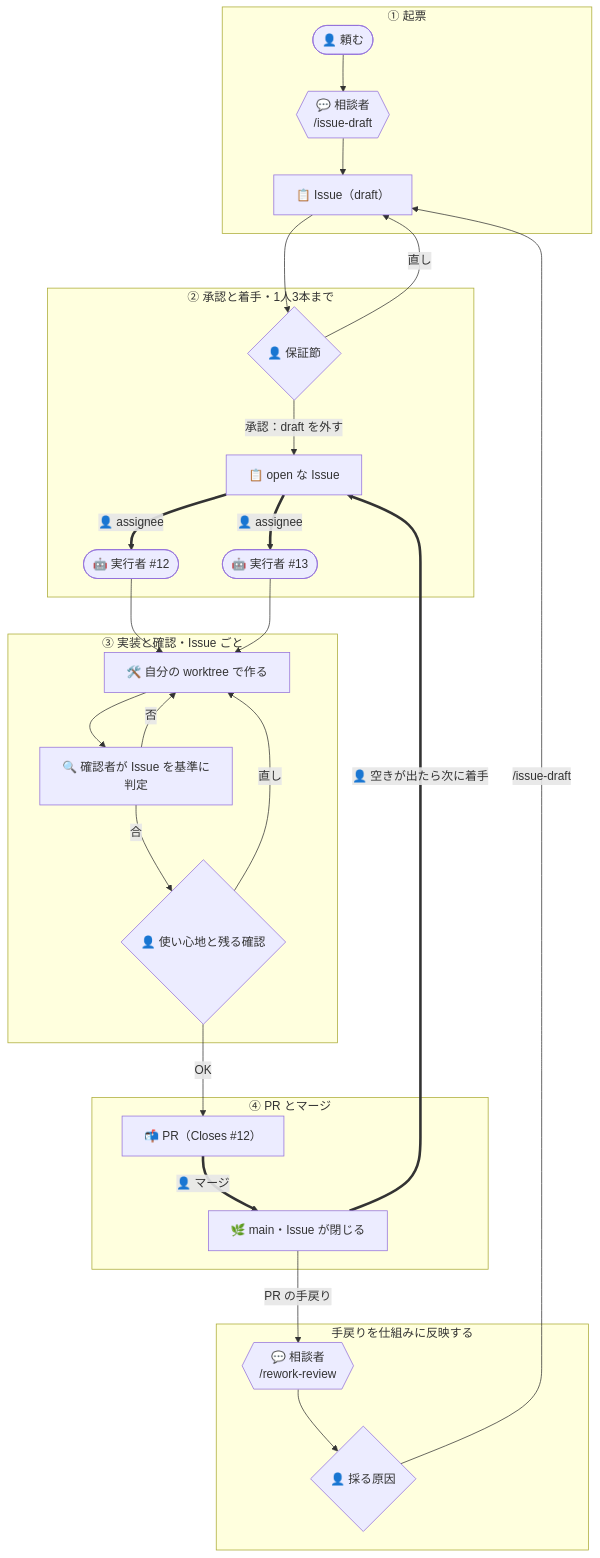
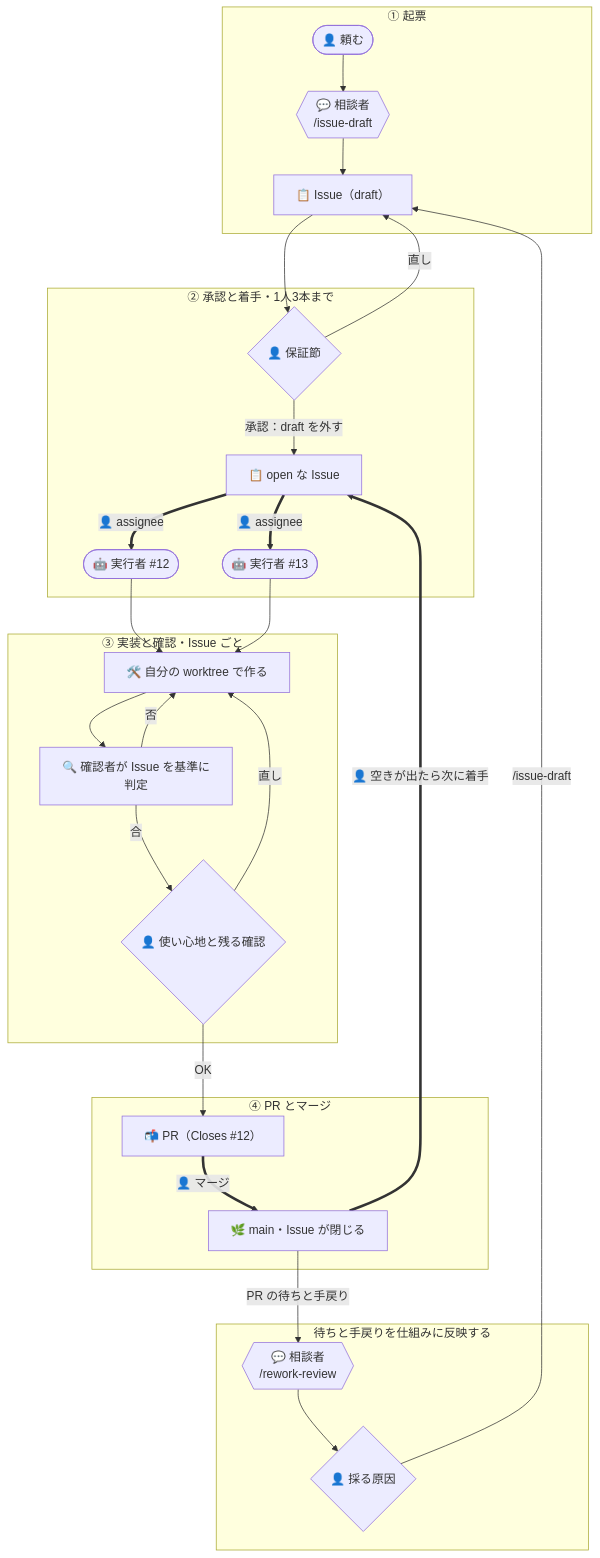
One commit to yktsnet/sdlc-kit changed the diagram in docs/flows/team.md. Above: the diagram before and after it, drawn with Mermaid. The commit also changed other lines of this file and 5 other files, not shown here.

First line of the commit message:
docs: Record waits as well as rework in flow-team and prompt rework-review when records pile up (#48)

````diff
--- a/docs/flows/team.md
+++ b/docs/flows/team.md
@@ -23,31 +23,31 @@
 ```mermaid
 flowchart TD
     subgraph p1 ["① 起票"]
         R(["👤 頼む"]) --> C{{"💬 相談者<br/>/issue-draft"}}
         C --> I["📋 Issue（draft）"]
     end
     subgraph p2 ["② 承認と着手・1人3本まで"]
         I --> A{"👤 保証節"}
         A -->|直し| I
         A -->|"承認：draft を外す"| O[📋 open な Issue]
         O ==>|"👤 assignee"| E1(["🤖 実行者 #12"])
         O ==>|"👤 assignee"| E2(["🤖 実行者 #13"])
     end
     subgraph p3 ["③ 実装と確認・Issue ごと"]
         E1 & E2 --> W[🛠️ 自分の worktree で作る]
         W --> Q[🔍 確認者が Issue を基準に判定]
         Q -->|否| W
         Q -->|合| V{"👤 使い心地と残る確認"}
         V -->|直し| W
     end
     subgraph p4 ["④ PR とマージ"]
         V -->|OK| P["📬 PR（Closes #12）"]
         P ==>|"👤 マージ"| M[🌿 main・Issue が閉じる]
     end
     M ==>|"👤 空きが出たら次に着手"| O
-    subgraph p5 ["手戻りを仕組みに反映する"]
+    subgraph p5 ["待ちと手戻りを仕組みに反映する"]
         RR{{"💬 相談者<br/>/rework-review"}} --> RA{"👤 採る原因"}
     end
-    M -->|PR の手戻り| RR
+    M -->|PR の待ちと手戻り| RR
     RA -->|"/issue-draft"| I
 ```
````
